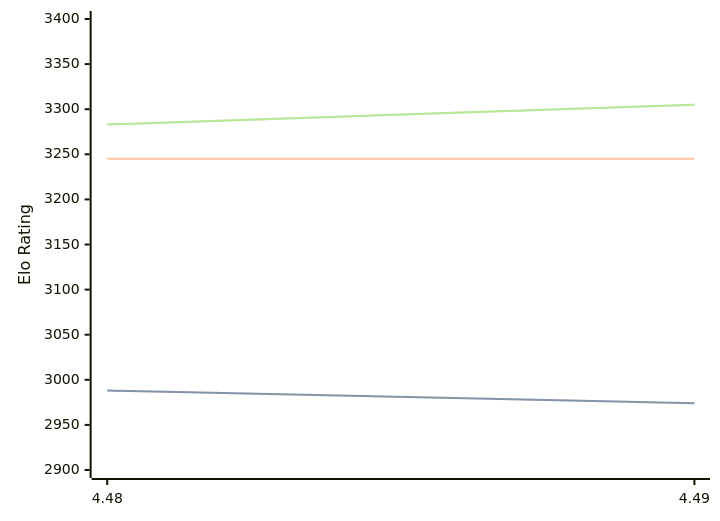
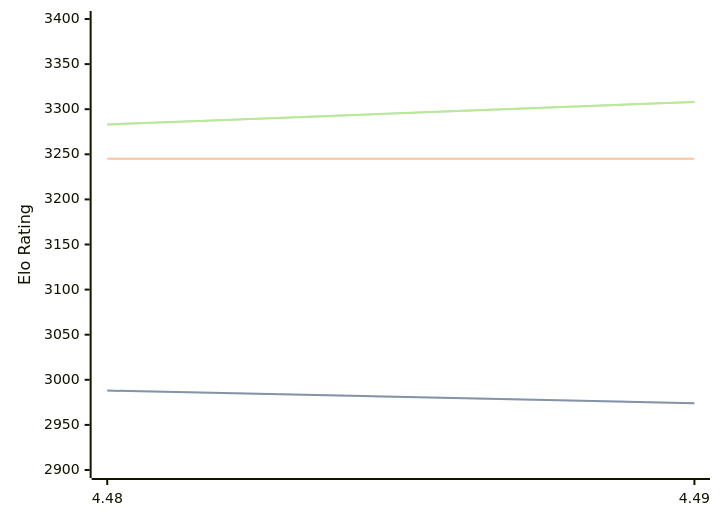
The diagram in engines/Cheng4.md (computer-chess-index/cci), drawn with Mermaid before and after one commit. The commit also changed other lines of this file, not shown here.

Commit message:
Update CCI Ratings (ELO VLTC) - 2026-10-03

````diff
--- a/engines/Cheng4.md
+++ b/engines/Cheng4.md
@@ -32,11 +32,11 @@
 ```mermaid
 %%{init: {"theme":"base","themeVariables":{"seriesColors:['#a3a3a3','#222221','#faa371']}}}%%
 xychart-beta
   x-axis ["4.48", "4.49"]
   y-axis "Elo Rating" 2900 --> 3400
   line "" [2988, 2974]
   line "STC (8.0+0.08s)" [2988, 2974]
   line "LTC (60.0+0.60s)" [3245, 3245]
-  line "" [3283, 3305]
-  line "VLTC (2m24s+1.12s)" [3283, 3305]
+  line "" [3283, 3308]
+  line "VLTC (2m24s+1.12s)" [3283, 3308]
 ```
````
